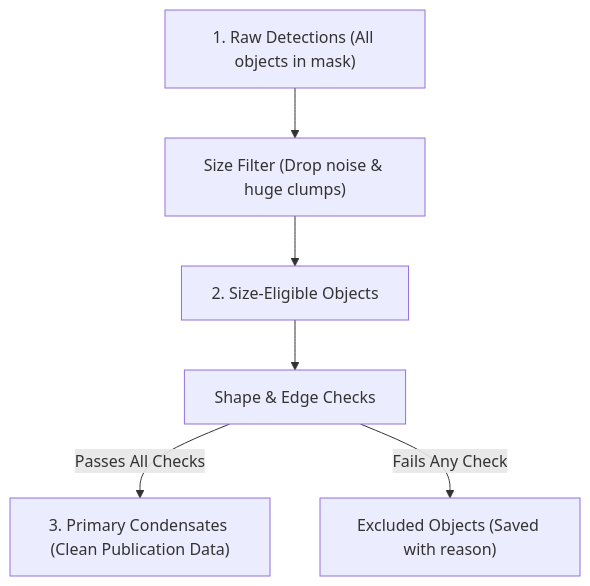
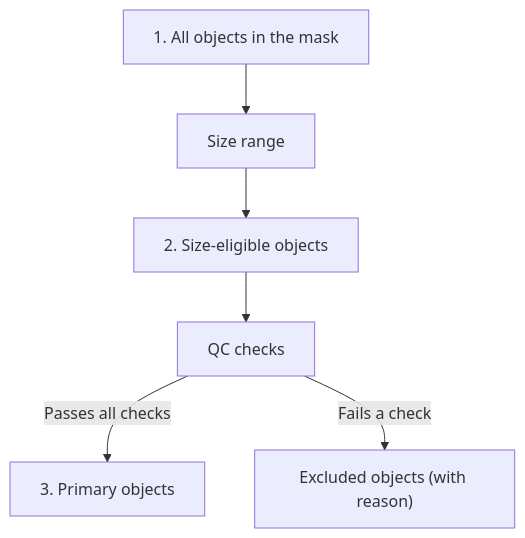
One commit to FrancinCZ/ExQt changed the diagram in docs/quality-control/qc-pipeline.md. Above: the diagram before and after it, drawn with Mermaid. The commit also changed other lines of this file and 14 other files, not shown here.

````diff
--- a/docs/quality-control/qc-pipeline.md
+++ b/docs/quality-control/qc-pipeline.md
@@ -7,8 +5,8 @@
 ```mermaid
 graph TD
-    A["1. Raw Detections (All objects in mask)"] --> B["Size Filter (Drop noise & huge clumps)"]
-    B --> C["2. Size-Eligible Objects"]
-    C --> D["Shape & Edge Checks"]
-    D -->|Passes All Checks| E["3. Primary Condensates (Clean Publication Data)"]
-    D -->|Fails Any Check| F["Excluded Objects (Saved with reason)"]
+    A["1. All objects in the mask"] --> B["Size range"]
+    B --> C["2. Size-eligible objects"]
+    C --> D["QC checks"]
+    D -->|Passes all checks| E["3. Primary objects"]
+    D -->|Fails a check| F["Excluded objects (with reason)"]
 ```
````
